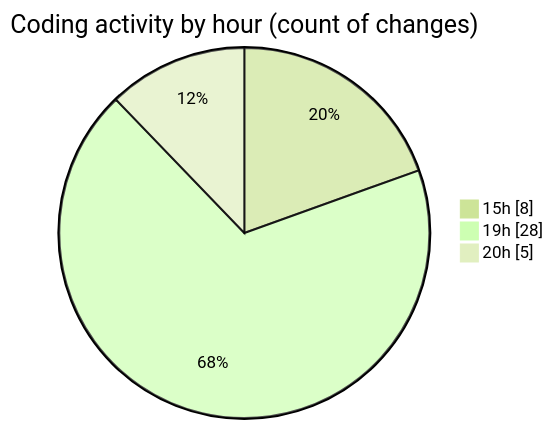
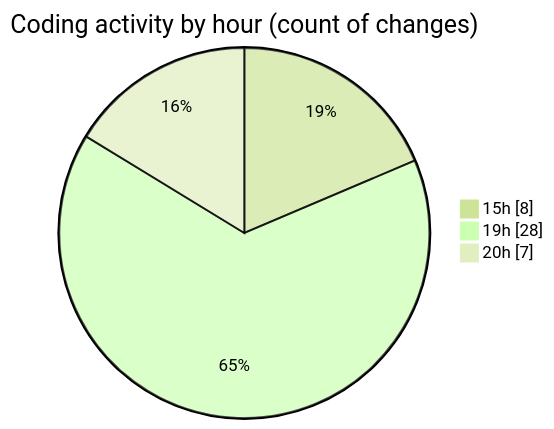
Before and after one commit to Ritupan-Deka/code-tracking: the second of 2 diagrams in 2025-01-26/search/README.md, drawn with Mermaid (forest theme). The commit also changed other lines of this file and 1 other file, not shown here.

````diff
--- a/2025-01-26/search/README.md
+++ b/2025-01-26/search/README.md
@@ -31,7 +31,7 @@
 ```mermaid
 pie showData
 title Coding activity by hour (count of changes)
 "15h" : 8
 "19h" : 28
-"20h" : 5
+"20h" : 7
 ```
````
